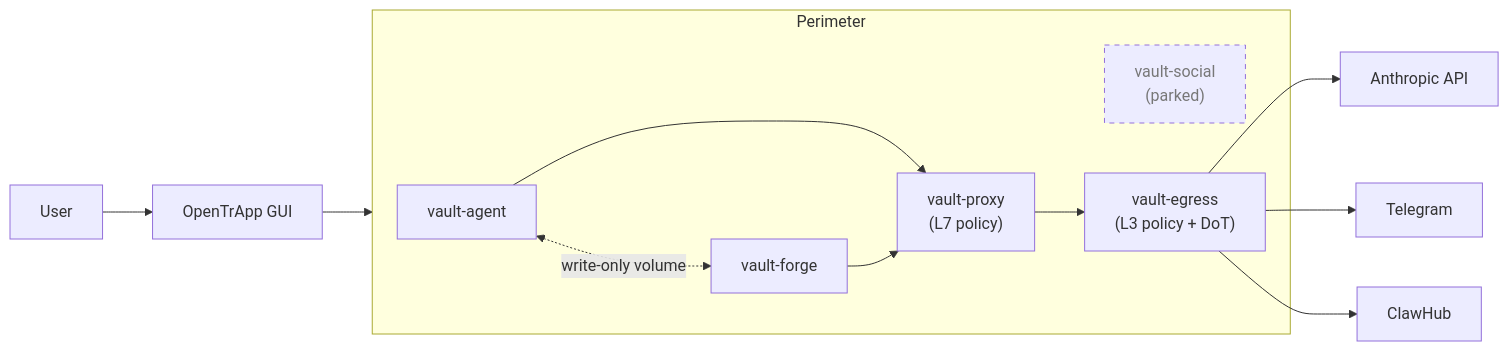
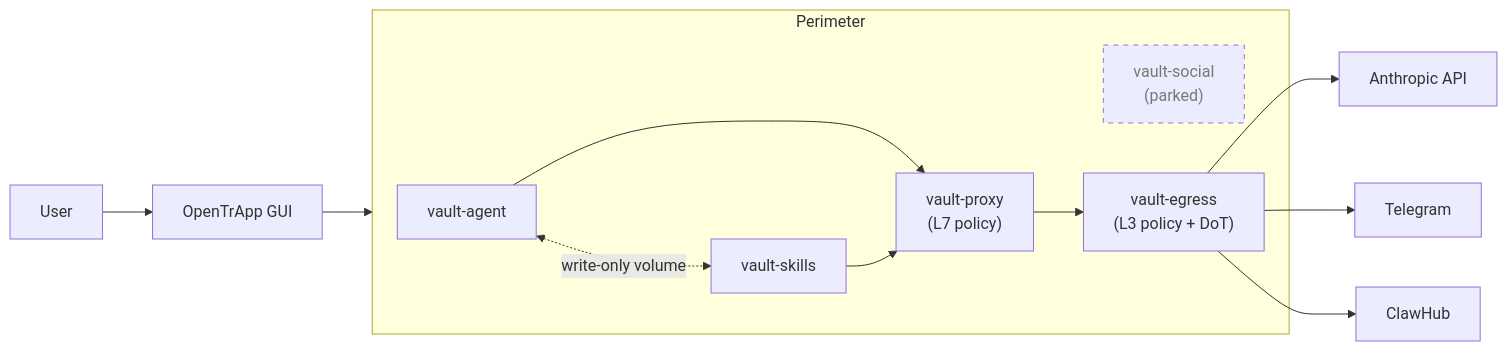
The diagram in README.md (albertdobmeyer/opentrapp), drawn with Mermaid before and after one commit. The commit also changed other lines of this file and 227 other files, not shown here.

First line of the commit message:
refactor(m0): rename forge → skills (v0.6 naming gate)

````diff
--- a/README.md
+++ b/README.md
@@ -127,24 +127,24 @@
 ```mermaid
 flowchart LR
     USER[User] --> GUI["OpenTrApp GUI"]
     GUI --> PERIMETER
 
     subgraph PERIMETER["Perimeter"]
         AGENT[vault-agent]
-        FORGE[vault-forge]
+        FORGE[vault-skills]
         PIONEER["vault-social<br/>(parked)"]
         PROXY["vault-proxy<br/>(L7 policy)"]
         EGRESS["vault-egress<br/>(L3 policy + DoT)"]
     end
 
     AGENT --> PROXY
     FORGE --> PROXY
     AGENT <-.->|"write-only volume"| FORGE
     PROXY --> EGRESS
     EGRESS --> ANTHROPIC[Anthropic API]
     EGRESS --> TELEGRAM[Telegram]
     EGRESS --> CLAWHUB[ClawHub]
 
     classDef parked stroke-dasharray: 5 5,color:#777
     class PIONEER parked
 ```
````
